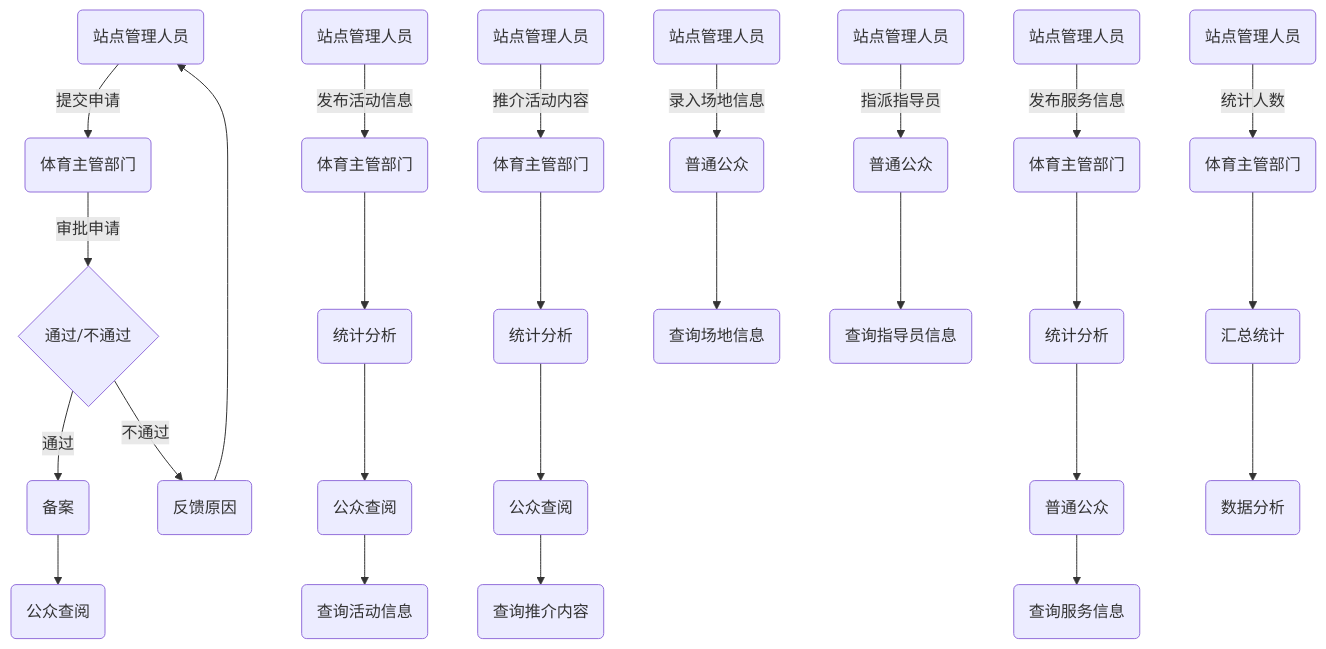
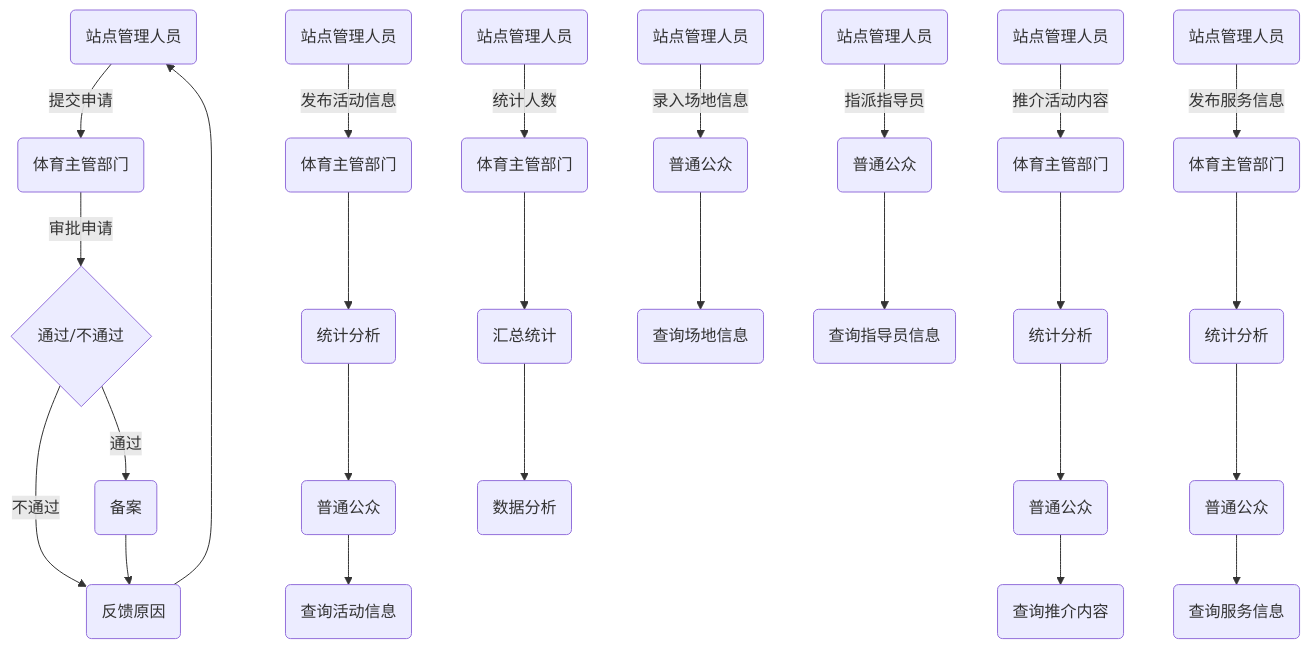
The diagram in all/未命名-1.md (miaozjs/iodraw-files), drawn with Mermaid before and after one commit.

Commit message:
2024-06-13 17:29:17 update

````diff
--- a/all/未命名-1.md
+++ b/all/未命名-1.md
@@ -1,35 +1,35 @@
 ```mermaid
 graph TD
     A1(站点管理人员) -->|提交申请| A2(体育主管部门)
     A2 -->|审批申请| A3{通过/不通过}
     A3 -->|通过| A4(备案)
     A3 -->|不通过| A5(反馈原因)
-    A4 --> A6(公众查阅)
+    A4 --> 
     A5 --> A1
 
     B1(站点管理人员) -->|发布活动信息| B2(体育主管部门)
     B2 --> B3(统计分析)
-    B3 --> B4(公众查阅)
+    B3 --> B4(普通公众)
     B4 --> B5(查询活动信息)
 
     C1(站点管理人员) -->|推介活动内容| C2(体育主管部门)
     C2 --> C3(统计分析)
-    C3 --> C4(公众查阅)
+    C3 --> C4(普通公众)
     C4 --> C5(查询推介内容)
 
     D1(站点管理人员) -->|发布服务信息| D2(体育主管部门)
     D2 --> D3(统计分析)
     D3 --> D4(普通公众)
     D4 --> D5(查询服务信息)
 
     E1(站点管理人员) -->|录入场地信息| E4(普通公众)
     E4 --> E6(查询场地信息)
 
     F1(站点管理人员) -->|指派指导员| F4(普通公众)
     F4 --> F6(查询指导员信息)
 
     G1(站点管理人员) -->|统计人数| G2(体育主管部门)
     G2 --> G3(汇总统计)
     G3 --> G4(数据分析)
 
 ```
````
